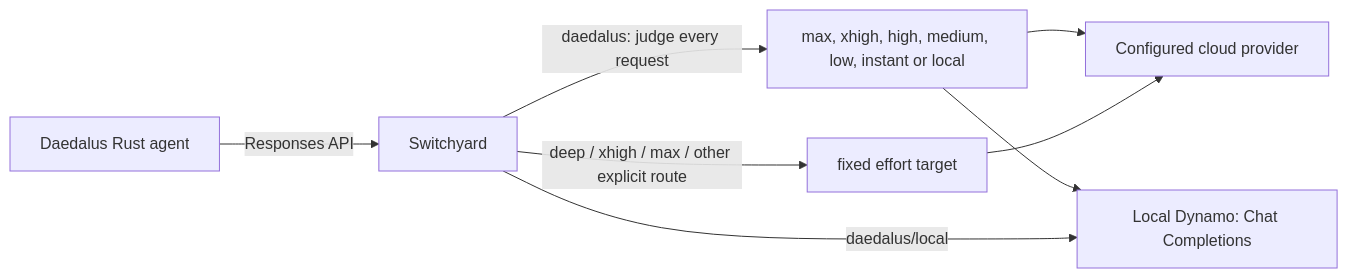
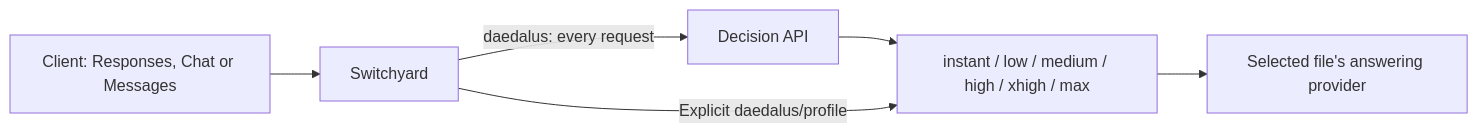
Before and after one commit to tuttlebr/daedalus-switchyard: the diagram in README.md, drawn with Mermaid. The commit also changed other lines of this file, not shown here.

````diff
--- a/README.md
+++ b/README.md
@@ -53,10 +60,8 @@
 ```mermaid
 flowchart LR
-  A[Daedalus Rust agent] -->|Responses API| B[Switchyard]
-  B -->|daedalus: judge every request| C[max, xhigh, high, medium, low, instant or local]
-  B -->|deep / xhigh / max / other explicit route| D[fixed effort target]
-  C --> E[Configured cloud provider]
-  C --> F[Local Dynamo: Chat Completions]
-  D --> E
-  B -->|daedalus/local| F
+  A[Client: Responses, Chat or Messages] --> B[Switchyard]
+  B -->|daedalus: every request| C[Decision API]
+  C --> D[instant / low / medium / high / xhigh / max]
+  B -->|Explicit daedalus/profile| D
+  D --> E[Selected file's answering provider]
 ```
````
